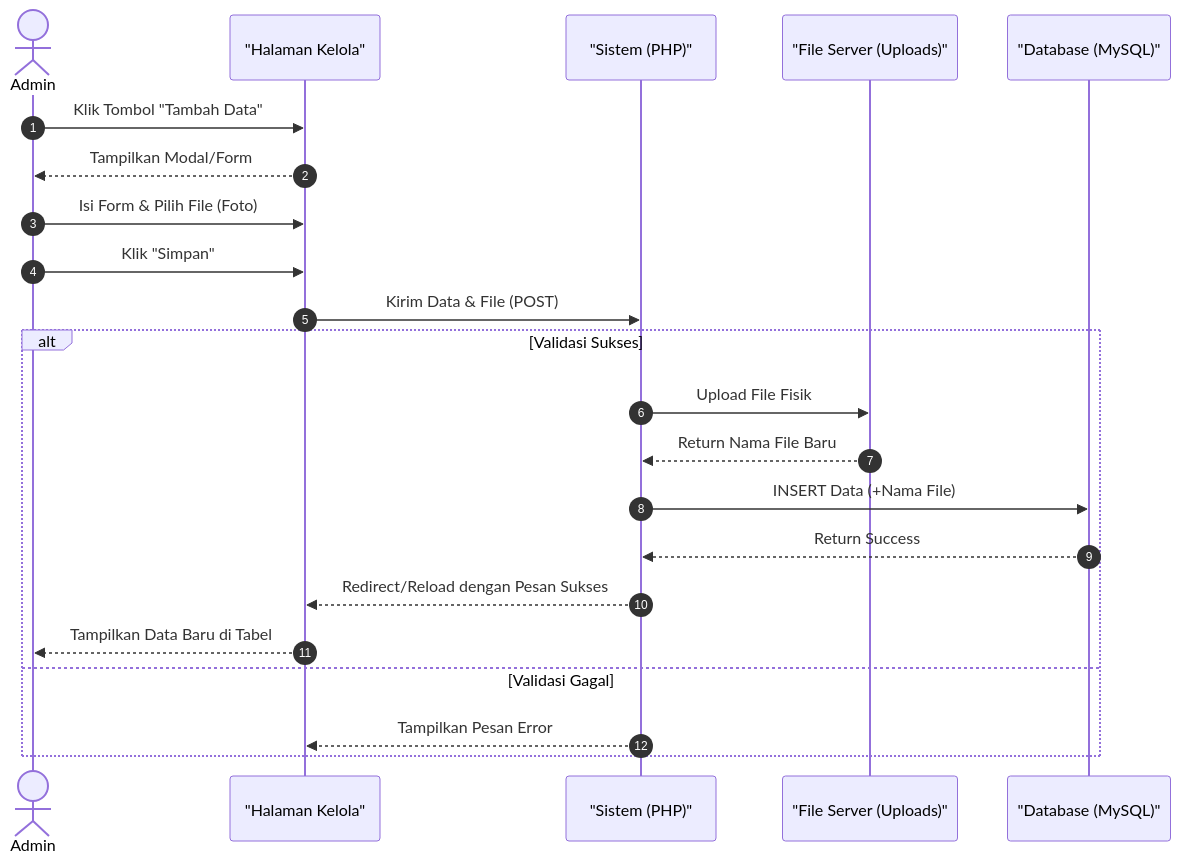
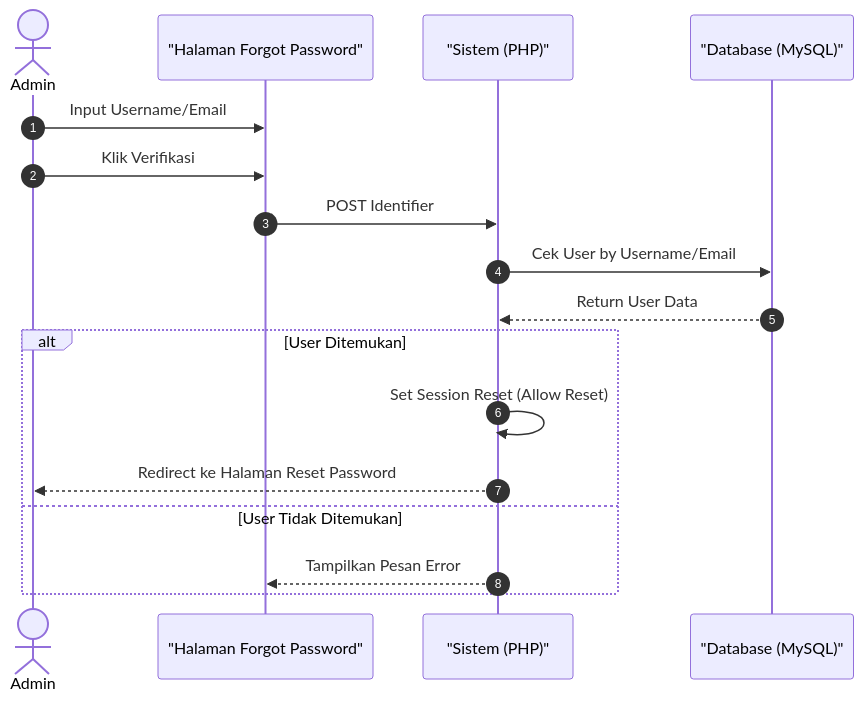
One commit to arbain-dev/Web_fikom changed the second of 10 diagrams in docs/sequence_diagram_admin.md. Above: the diagram before and after it, drawn with Mermaid. The commit also changed other lines of this file, not shown here.

Commit message:
Add comprehensive sequence diagrams for all admin modules

````diff
--- a/docs/sequence_diagram_admin.md
+++ b/docs/sequence_diagram_admin.md
@@ -52,29 +48,22 @@
 ```mermaid
 sequenceDiagram
     autonumber
     actor Admin
-    participant View as "Halaman Kelola"
+    participant View as "Halaman Forgot Password"
     participant System as "Sistem (PHP)"
-    participant Server as "File Server (Uploads)"
     participant DB as "Database (MySQL)"
 
-    Admin->>View: Klik Tombol "Tambah Data"
-    View-->>Admin: Tampilkan Modal/Form
-    
-    Admin->>View: Isi Form & Pilih File (Foto)
-    Admin->>View: Klik "Simpan"
-    View->>System: Kirim Data & File (POST)
+    Admin->>View: Input Username/Email
+    Admin->>View: Klik Verifikasi
+    View->>System: POST Identifier
 
-    alt Validasi Sukses
-        System->>Server: Upload File Fisik
-        Server-->>System: Return Nama File Baru
-        
-        System->>DB: INSERT Data (+Nama File)
-        DB-->>System: Return Success
-        
-        System-->>View: Redirect/Reload dengan Pesan Sukses
-        View-->>Admin: Tampilkan Data Baru di Tabel
-    else Validasi Gagal
+    System->>DB: Cek User by Username/Email
+    DB-->>System: Return User Data
+
+    alt User Ditemukan
+        System->>System: Set Session Reset (Allow Reset)
+        System-->>Admin: Redirect ke Halaman Reset Password
+    else User Tidak Ditemukan
         System-->>View: Tampilkan Pesan Error
     end
 ```
````
